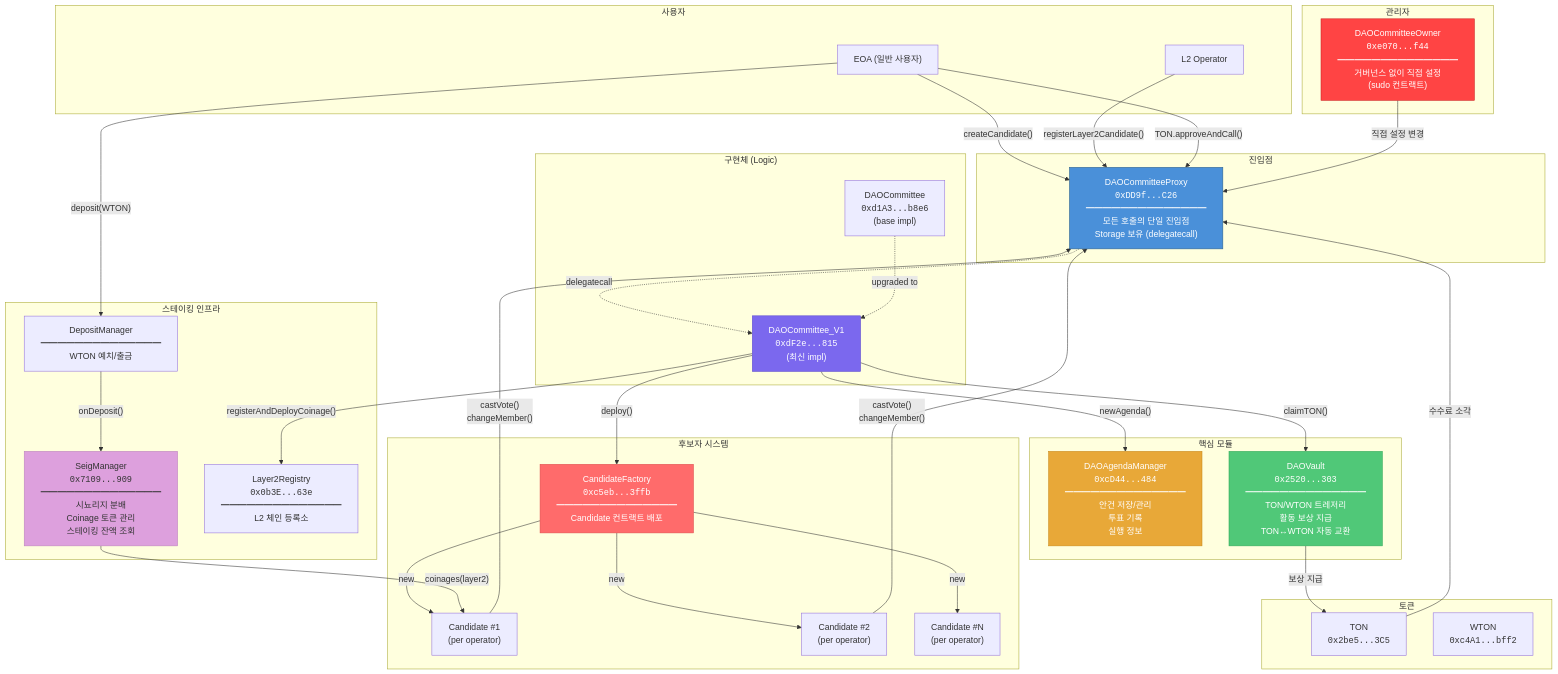
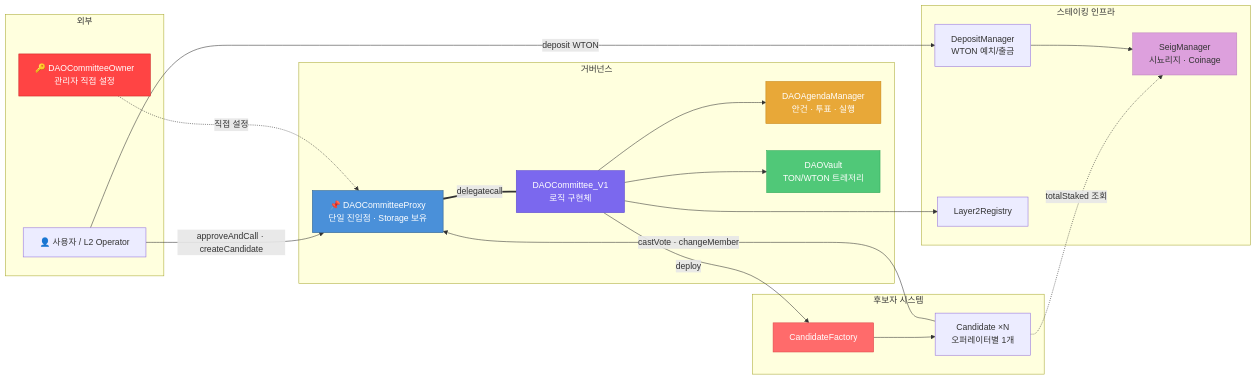
One commit to tokamak-network/tokamak-dao-v2 changed the first of 11 diagrams in docs/v1-architecture.md. Above: the diagram before and after it, drawn with Mermaid. The commit also changed other lines of this file, not shown here.

First line of the commit message:
docs: simplify system diagram and add proxy architecture analysis

````diff
--- a/docs/v1-architecture.md
+++ b/docs/v1-architecture.md
@@ -5,72 +5,46 @@
 ```mermaid
-graph TB
-    subgraph Users["사용자"]
-        EOA["EOA (일반 사용자)"]
-        L2OP["L2 Operator"]
+graph LR
+    subgraph External["외부"]
+        USER["👤 사용자 / L2 Operator"]
+        DCO["🔑 DAOCommitteeOwner<br/>관리자 직접 설정"]
     end
 
-    subgraph Proxy["진입점"]
-        DCP["DAOCommitteeProxy<br/><code>0xDD9f...C26</code><br/>━━━━━━━━━━━━━━<br/>모든 호출의 단일 진입점<br/>Storage 보유 (delegatecall)"]
+    subgraph Governance["거버넌스"]
+        DCP["📌 DAOCommitteeProxy<br/>단일 진입점 · Storage 보유"]
+        DCV1["DAOCommittee_V1<br/>로직 구현체"]
+        DAM["DAOAgendaManager<br/>안건 · 투표 · 실행"]
+        DV["DAOVault<br/>TON/WTON 트레저리"]
     end
 
-    subgraph Implementation["구현체 (Logic)"]
-        DC["DAOCommittee<br/><code>0xd1A3...b8e6</code><br/>(base impl)"]
-        DCV1["DAOCommittee_V1<br/><code>0xdF2e...815</code><br/>(최신 impl)"]
-    end
-
-    subgraph Core["핵심 모듈"]
-        DAM["DAOAgendaManager<br/><code>0xcD44...484</code><br/>━━━━━━━━━━━━━━<br/>안건 저장/관리<br/>투표 기록<br/>실행 정보"]
-        DV["DAOVault<br/><code>0x2520...303</code><br/>━━━━━━━━━━━━━━<br/>TON/WTON 트레저리<br/>활동 보상 지급<br/>TON↔WTON 자동 교환"]
-    end
-
-    subgraph Candidate_System["후보자 시스템"]
-        CF["CandidateFactory<br/><code>0xc5eb...3ffb</code><br/>━━━━━━━━━━━━━━<br/>Candidate 컨트랙트 배포"]
-        C1["Candidate #1<br/>(per operator)"]
-        C2["Candidate #2<br/>(per operator)"]
-        CN["Candidate #N<br/>(per operator)"]
+    subgraph Candidates["후보자 시스템"]
+        CF["CandidateFactory"]
+        CAND["Candidate ×N<br/>오퍼레이터별 1개"]
     end
 
     subgraph Staking["스테이킹 인프라"]
-        SM["SeigManager<br/><code>0x7109...909</code><br/>━━━━━━━━━━━━━━<br/>시뇨리지 분배<br/>Coinage 토큰 관리<br/>스테이킹 잔액 조회"]
-        L2R["Layer2Registry<br/><code>0x0b3E...63e</code><br/>━━━━━━━━━━━━━━<br/>L2 체인 등록소"]
-        DM["DepositManager<br/>━━━━━━━━━━━━━━<br/>WTON 예치/출금"]
+        DM["DepositManager<br/>WTON 예치/출금"]
+        SM["SeigManager<br/>시뇨리지 · Coinage"]
+        L2R["Layer2Registry"]
     end
 
-    subgraph Admin["관리자"]
-        DCO["DAOCommitteeOwner<br/><code>0xe070...f44</code><br/>━━━━━━━━━━━━━━<br/>거버넌스 없이 직접 설정<br/>(sudo 컨트랙트)"]
-    end
-
-    subgraph Tokens["토큰"]
-        TON["TON<br/><code>0x2be5...3C5</code>"]
-        WTON["WTON<br/><code>0xc4A1...bff2</code>"]
-    end
-
-    EOA -->|"createCandidate()"| DCP
-    L2OP -->|"registerLayer2Candidate()"| DCP
-    EOA -->|"TON.approveAndCall()"| DCP
-    DCP -.->|"delegatecall"| DCV1
-    DC -.->|"upgraded to"| DCV1
-    DCV1 -->|"newAgenda()"| DAM
-    DCV1 -->|"claimTON()"| DV
-    DCV1 -->|"deploy()"| CF
-    CF -->|"new"| C1
-    CF -->|"new"| C2
-    CF -->|"new"| CN
-    C1 -->|"castVote()<br/>changeMember()"| DCP
-    C2 -->|"castVote()<br/>changeMember()"| DCP
-    DCV1 -->|"registerAndDeployCoinage()"| L2R
-    SM -->|"coinages(layer2)"| C1
-    DM -->|"onDeposit()"| SM
-    DCO -->|"직접 설정 변경"| DCP
-    DV -->|"보상 지급"| TON
-    EOA -->|"deposit(WTON)"| DM
-    TON -->|"수수료 소각"| DCP
+    USER -->|"approveAndCall · createCandidate"| DCP
+    DCO -.->|"직접 설정"| DCP
+    DCP ===|"delegatecall"| DCV1
+    DCV1 --> DAM
+    DCV1 --> DV
+    DCV1 -->|"deploy"| CF
+    CF --> CAND
+    CAND -->|"castVote · changeMember"| DCP
+    CAND -.->|"totalStaked 조회"| SM
+    DCV1 --> L2R
+    USER -->|"deposit WTON"| DM
+    DM --> SM
 
     style DCP fill:#4A90D9,stroke:#2C5F8A,color:#fff
     style DCV1 fill:#7B68EE,stroke:#5B48CE,color:#fff
     style DAM fill:#E8A838,stroke:#C88818,color:#fff
     style DV fill:#50C878,stroke:#30A858,color:#fff
     style CF fill:#FF6B6B,stroke:#DD4B4B,color:#fff
     style SM fill:#DDA0DD,stroke:#BB80BB,color:#333
     style DCO fill:#FF4444,stroke:#CC2222,color:#fff
 ```
````
